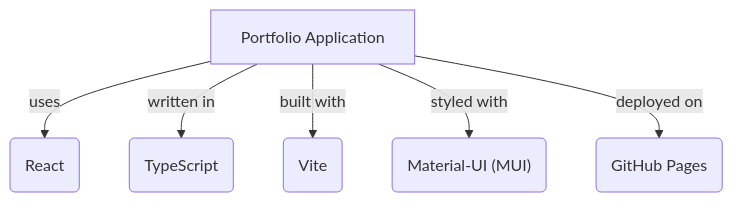
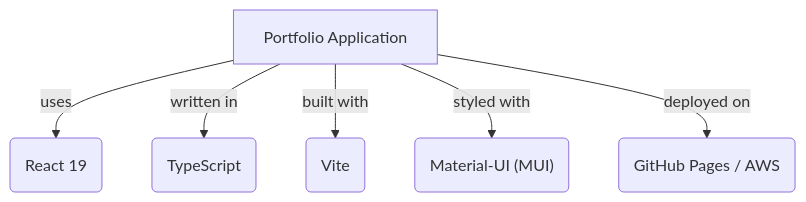
One commit to b1codes/Portfolio-Showcase changed the diagram in README.md. Above: the diagram before and after it, drawn with Mermaid. The commit also changed other lines of this file and 1 other file, not shown here.

````diff
--- a/README.md
+++ b/README.md
@@ -35,9 +35,9 @@
 ```mermaid
 graph TD
     A[Portfolio Application]
-    A -- uses --> B(React)
+    A -- uses --> B(React 19)
     A -- written in --> C(TypeScript)
     A -- built with --> D(Vite)
     A -- styled with --> E("Material-UI (MUI)")
-    A -- deployed on --> F(GitHub Pages)
+    A -- deployed on --> F(GitHub Pages / AWS)
 ```
````
